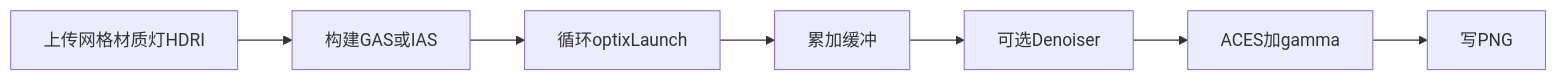
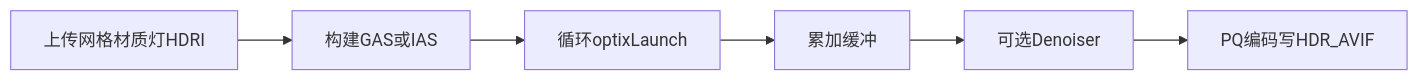
The diagram in docs/report/08-host-pipeline.md (goooxu/LumenCore), drawn with Mermaid before and after one commit. The commit also changed other lines of this file and 132 other files, not shown here.

First line of the commit message:
Replace PNG with HDR AVIF I/O and auto-detect CUDA arch. (#2)

````diff
--- a/docs/report/08-host-pipeline.md
+++ b/docs/report/08-host-pipeline.md
@@ -7,9 +7,8 @@
 ```mermaid
 flowchart LR
   upload[上传网格材质灯HDRI] --> accel[构建GAS或IAS]
   accel --> loop[循环optixLaunch]
   loop --> accum[累加缓冲]
   accum --> denoise[可选Denoiser]
-  denoise --> tonemap[ACES加gamma]
-  tonemap --> png[写PNG]
+  denoise --> avif[PQ编码写HDR_AVIF]
 ```
````
